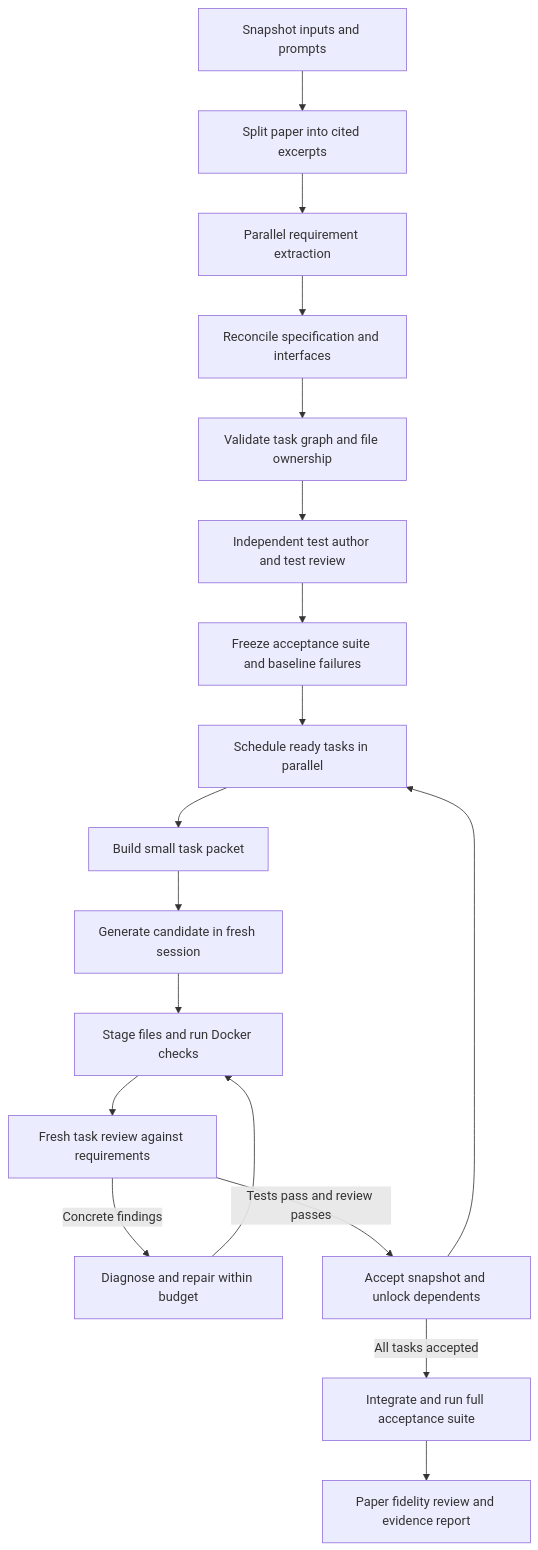
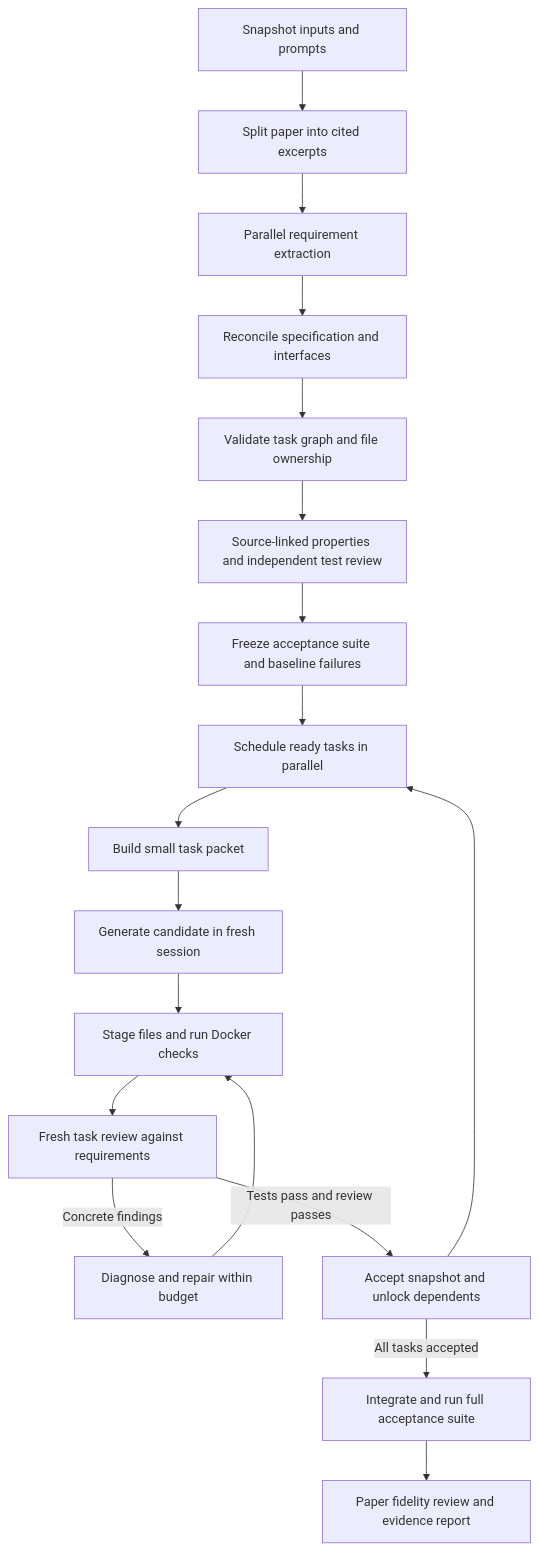
The diagram in docs/superpowers/specs/2026-10-13-improved-workflow-design.md (StuartFarmer/Paper2Code-Slick), drawn with Mermaid before and after one commit. The commit also changed other lines of this file and 70 other files, not shown here.

````diff
--- a/docs/superpowers/specs/2026-10-13-improved-workflow-design.md
+++ b/docs/superpowers/specs/2026-10-13-improved-workflow-design.md
@@ -84,20 +91,20 @@
 ```mermaid
 flowchart TD
     A[Snapshot inputs and prompts] --> B[Split paper into cited excerpts]
     B --> C[Parallel requirement extraction]
     C --> D[Reconcile specification and interfaces]
     D --> E[Validate task graph and file ownership]
-    E --> F[Independent test author and test review]
+    E --> F[Source-linked properties and independent test review]
     F --> G[Freeze acceptance suite and baseline failures]
     G --> H[Schedule ready tasks in parallel]
     H --> I[Build small task packet]
     I --> J[Generate candidate in fresh session]
     J --> K[Stage files and run Docker checks]
     K --> L[Fresh task review against requirements]
     L -->|Concrete findings| M[Diagnose and repair within budget]
     M --> K
     L -->|Tests pass and review passes| N[Accept snapshot and unlock dependents]
     N --> H
     N -->|All tasks accepted| O[Integrate and run full acceptance suite]
     O --> P[Paper fidelity review and evidence report]
 ```
````
